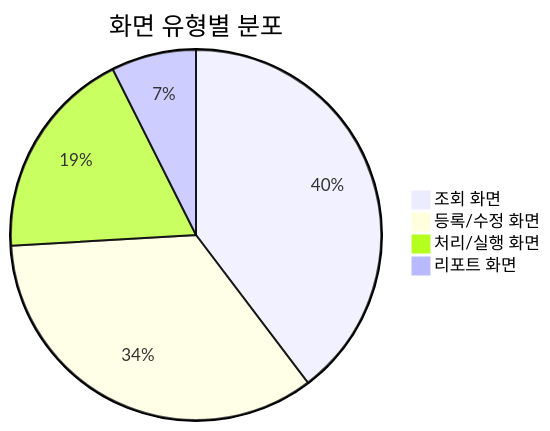
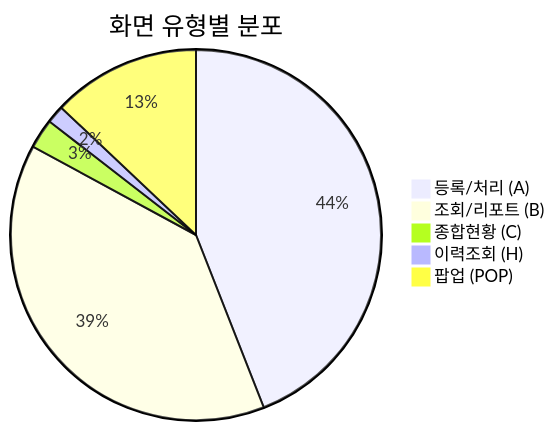
One commit to YouHyuksoo/HNSMES changed the first of 2 diagrams in docs/screens/overview.md. Above: the diagram before and after it, drawn with Mermaid. The commit also changed other lines of this file and 73 other files, not shown here.

````diff
--- a/docs/screens/overview.md
+++ b/docs/screens/overview.md
@@ -110,7 +123,8 @@
 ```mermaid
 pie title 화면 유형별 분포
-    "조회 화면" : 75
-    "등록/수정 화면" : 65
-    "처리/실행 화면" : 35
-    "리포트 화면" : 14
+    "등록/처리 (A)" : 85
+    "조회/리포트 (B)" : 75
+    "종합현황 (C)" : 5
+    "이력조회 (H)" : 3
+    "팝업 (POP)" : 25
 ```
````
